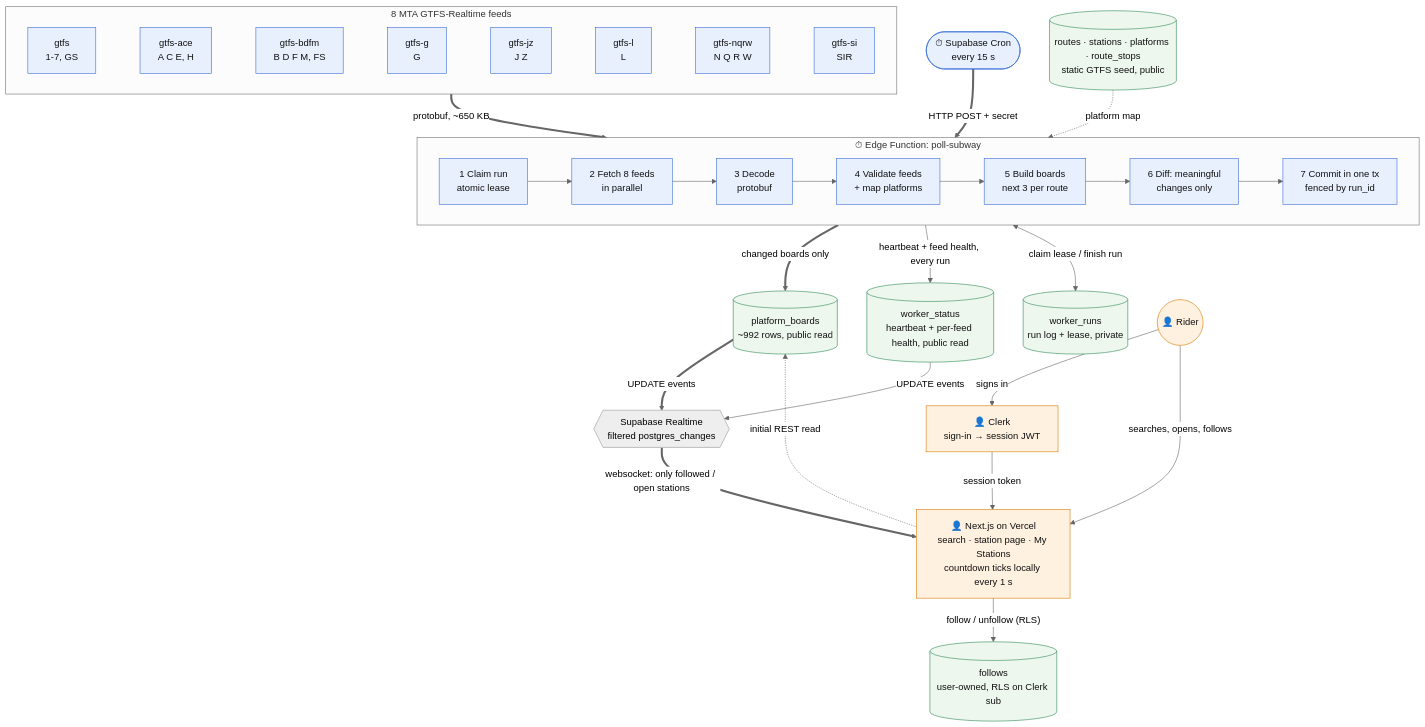
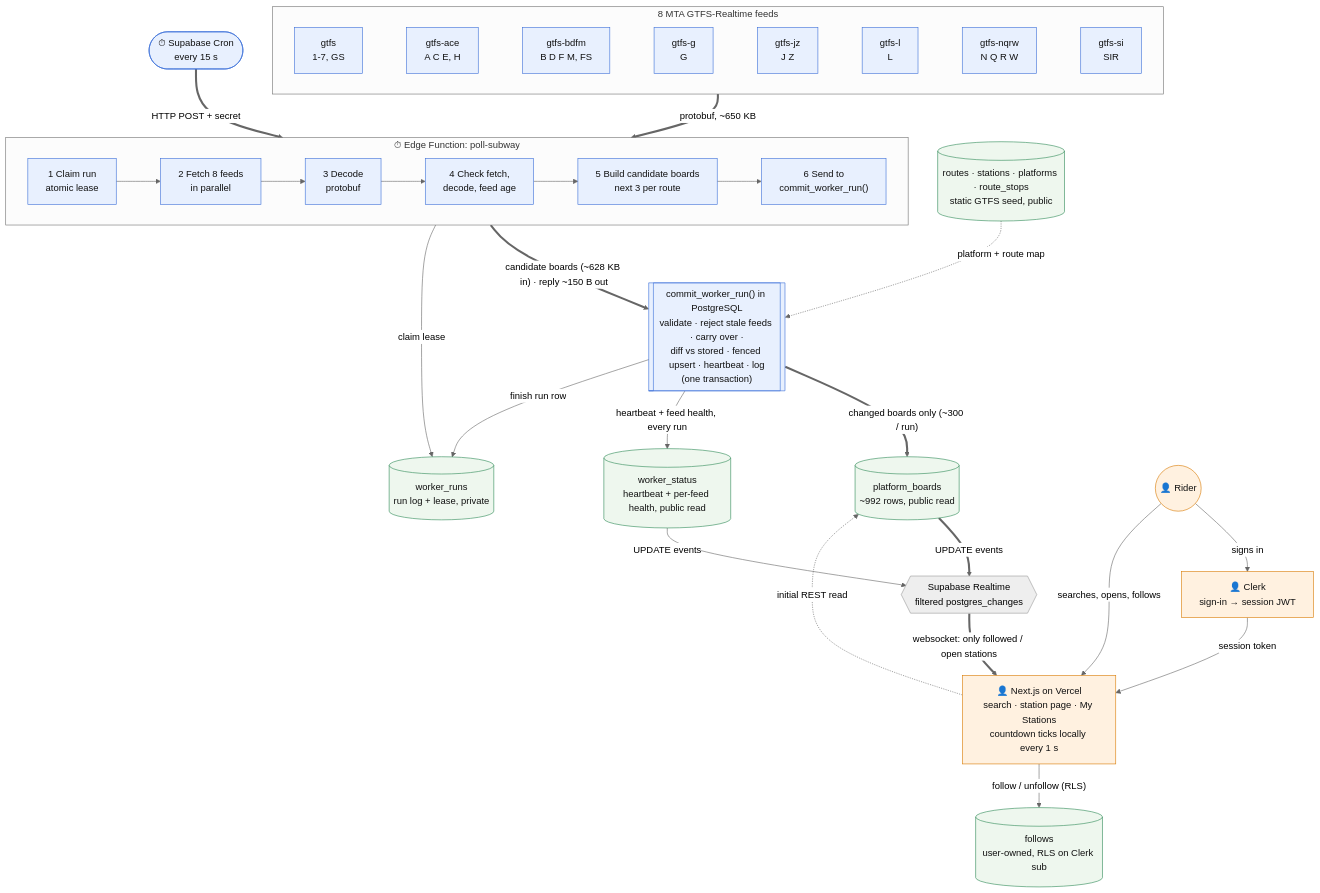
The diagram in docs/step3/DATA_FLOW.md (carsonjyw/assignment_5), drawn with Mermaid (neutral theme) before and after one commit. The commit also changed other lines of this file and 9 other files, not shown here.

First line of the commit message:
Step Four: Optimize Worker Architecture and Validate Security

````diff
--- a/docs/step3/DATA_FLOW.md
+++ b/docs/step3/DATA_FLOW.md
@@ -10,56 +10,60 @@
 ```mermaid
 flowchart TB
   subgraph MTA["8 MTA GTFS-Realtime feeds"]
     direction LR
     F1["gtfs<br/>1-7, GS"]
     F2["gtfs-ace<br/>A C E, H"]
     F3["gtfs-bdfm<br/>B D F M, FS"]
     F4["gtfs-g<br/>G"]
     F5["gtfs-jz<br/>J Z"]
     F6["gtfs-l<br/>L"]
     F7["gtfs-nqrw<br/>N Q R W"]
     F8["gtfs-si<br/>SIR"]
     F1 ~~~ F2 ~~~ F3 ~~~ F4 ~~~ F5 ~~~ F6 ~~~ F7 ~~~ F8
   end
 
   CRON(["⏱ Supabase Cron<br/>every 15 s"])
 
   subgraph EF["⏱ Edge Function: poll-subway"]
     direction LR
-    W1["1 Claim run<br/>atomic lease"] --> W2["2 Fetch 8 feeds<br/>in parallel"] --> W3["3 Decode<br/>protobuf"] --> W4["4 Validate feeds<br/>+ map platforms"] --> W5["5 Build boards<br/>next 3 per route"] --> W6["6 Diff: meaningful<br/>changes only"] --> W7["7 Commit in one tx<br/>fenced by run_id"]
+    W1["1 Claim run<br/>atomic lease"] --> W2["2 Fetch 8 feeds<br/>in parallel"] --> W3["3 Decode<br/>protobuf"] --> W4["4 Check fetch,<br/>decode, feed age"] --> W5["5 Build candidate boards<br/>next 3 per route"] --> W6["6 Send to<br/>commit_worker_run()"]
   end
 
   STATIC[("routes · stations · platforms · route_stops<br/>static GTFS seed, public")]
   BOARDS[("platform_boards<br/>~992 rows, public read")]
   STATUS[("worker_status<br/>heartbeat + per-feed health, public read")]
   RUNS[("worker_runs<br/>run log + lease, private")]
   FOLLOWS[("follows<br/>user-owned, RLS on Clerk sub")]
+
+  COMMIT[["commit_worker_run() in PostgreSQL<br/>validate · reject stale feeds · carry over ·<br/>diff vs stored · fenced upsert · heartbeat · log<br/>(one transaction)"]]
 
   RT{{"Supabase Realtime<br/>filtered postgres_changes"}}
 
   PAGE["👤 Next.js on Vercel<br/>search · station page · My Stations<br/>countdown ticks locally every 1 s"]
   CLERK["👤 Clerk<br/>sign-in → session JWT"]
   USER(("👤 Rider"))
 
   MTA == "protobuf, ~650 KB" ==> EF
   CRON == "HTTP POST + secret" ==> EF
-  STATIC -. "platform map" .-> EF
-  EF == "changed boards only" ==> BOARDS
-  EF -- "heartbeat + feed health, every run" --> STATUS
-  EF <-- "claim lease / finish run" --> RUNS
+  EF == "candidate boards (~628 KB in) · reply ~150 B out" ==> COMMIT
+  STATIC -. "platform + route map" .-> COMMIT
+  COMMIT == "changed boards only (~300 / run)" ==> BOARDS
+  COMMIT -- "heartbeat + feed health, every run" --> STATUS
+  COMMIT -- "finish run row" --> RUNS
+  EF -- "claim lease" --> RUNS
   BOARDS == "UPDATE events" ==> RT
   STATUS -- "UPDATE events" --> RT
   RT == "websocket: only followed / open stations" ==> PAGE
   USER -- "signs in" --> CLERK
   CLERK -- "session token" --> PAGE
   USER -- "searches, opens, follows" --> PAGE
   PAGE -. "initial REST read" .-> BOARDS
   PAGE -- "follow / unfollow (RLS)" --> FOLLOWS
 
   classDef sched fill:#e8f0fe,stroke:#3b6fd8,color:#111;
   classDef user fill:#fff1e0,stroke:#d97a00,color:#111;
   classDef store fill:#eef7ee,stroke:#2e8b57,color:#111;
-  class CRON,W1,W2,W3,W4,W5,W6,W7,F1,F2,F3,F4,F5,F6,F7,F8 sched;
+  class CRON,W1,W2,W3,W4,W5,W6,COMMIT,F1,F2,F3,F4,F5,F6,F7,F8 sched;
   class USER,CLERK,PAGE user;
   class STATIC,BOARDS,STATUS,RUNS,FOLLOWS store;
 ```
````
